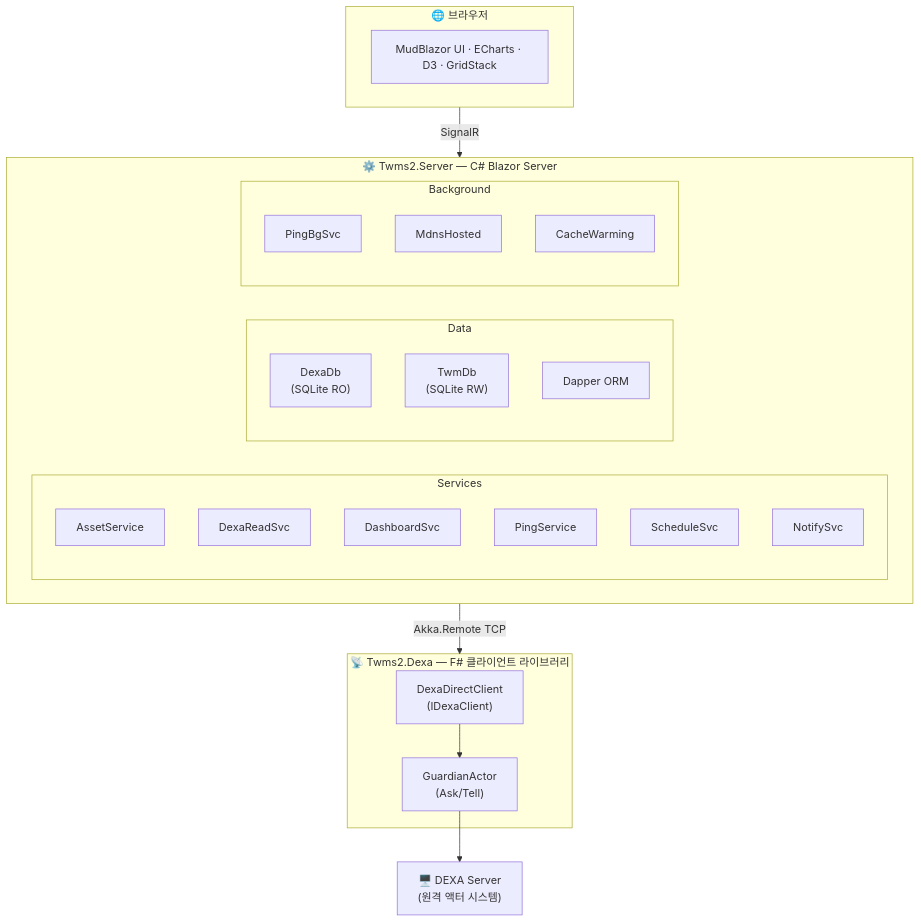
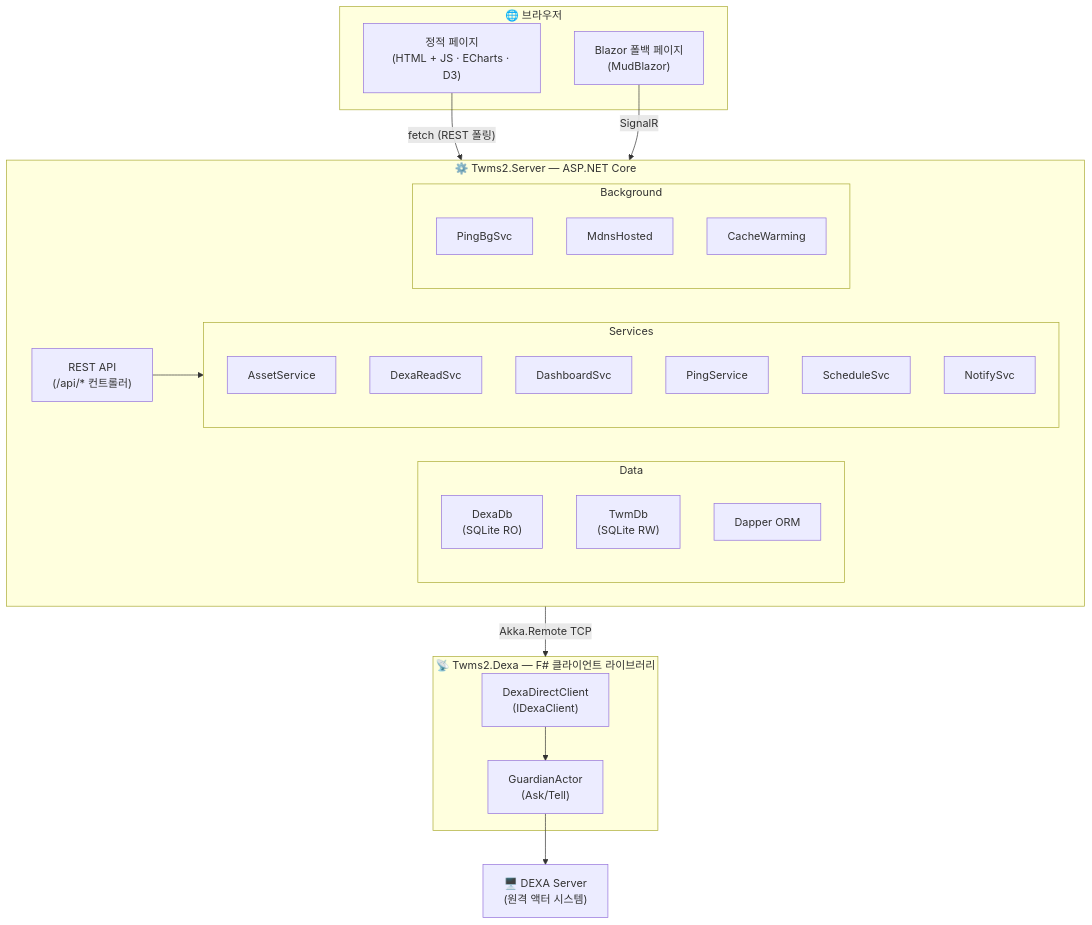
The second of 3 diagrams in README.md (DualsoftDev/twms2), drawn with Mermaid before and after one commit. The commit also changed other lines of this file, not shown here.

````diff
--- a/README.md
+++ b/README.md
@@ -130,40 +142,44 @@
 ```mermaid
 graph TD
     subgraph Browser["🌐 브라우저"]
-        UI["MudBlazor UI · ECharts · D3 · GridStack"]
+        SP["정적 페이지<br/>(HTML + JS · ECharts · D3)"]
+        BZ["Blazor 폴백 페이지<br/>(MudBlazor)"]
     end
 
-    subgraph Server["⚙️ Twms2.Server — C# Blazor Server"]
+    subgraph Server["⚙️ Twms2.Server — ASP.NET Core"]
         direction LR
+        API["REST API<br/>(/api/* 컨트롤러)"]
         subgraph Services["Services"]
             S1["AssetService"]
             S2["DexaReadSvc"]
             S3["DashboardSvc"]
             S4["PingService"]
             S5["ScheduleSvc"]
             S6["NotifySvc"]
         end
         subgraph Data["Data"]
             D1["DexaDb<br/>(SQLite RO)"]
             D2["TwmDb<br/>(SQLite RW)"]
             D3["Dapper ORM"]
         end
         subgraph Background["Background"]
             B1["PingBgSvc"]
             B2["MdnsHosted"]
             B3["CacheWarming"]
         end
+        API --> Services
     end
 
     subgraph Dexa["📡 Twms2.Dexa — F# 클라이언트 라이브러리"]
         DC["DexaDirectClient<br/>(IDexaClient)"]
         GA["GuardianActor<br/>(Ask/Tell)"]
         DC --> GA
     end
 
     DS["🖥️ DEXA Server<br/>(원격 액터 시스템)"]
 
-    Browser -- "SignalR" --> Server
+    SP -- "fetch (REST 폴링)" --> API
+    BZ -- "SignalR" --> Server
     Server -- "Akka.Remote TCP" --> Dexa
     GA --> DS
 ```
````
